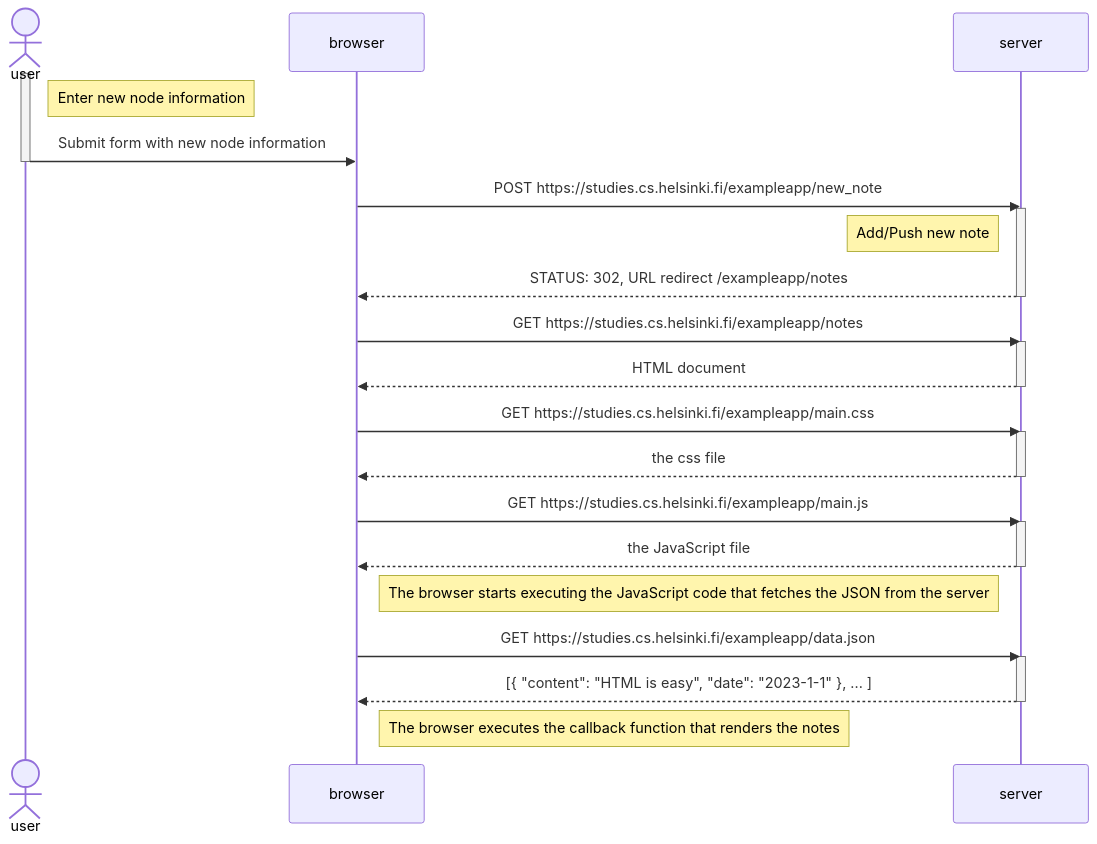
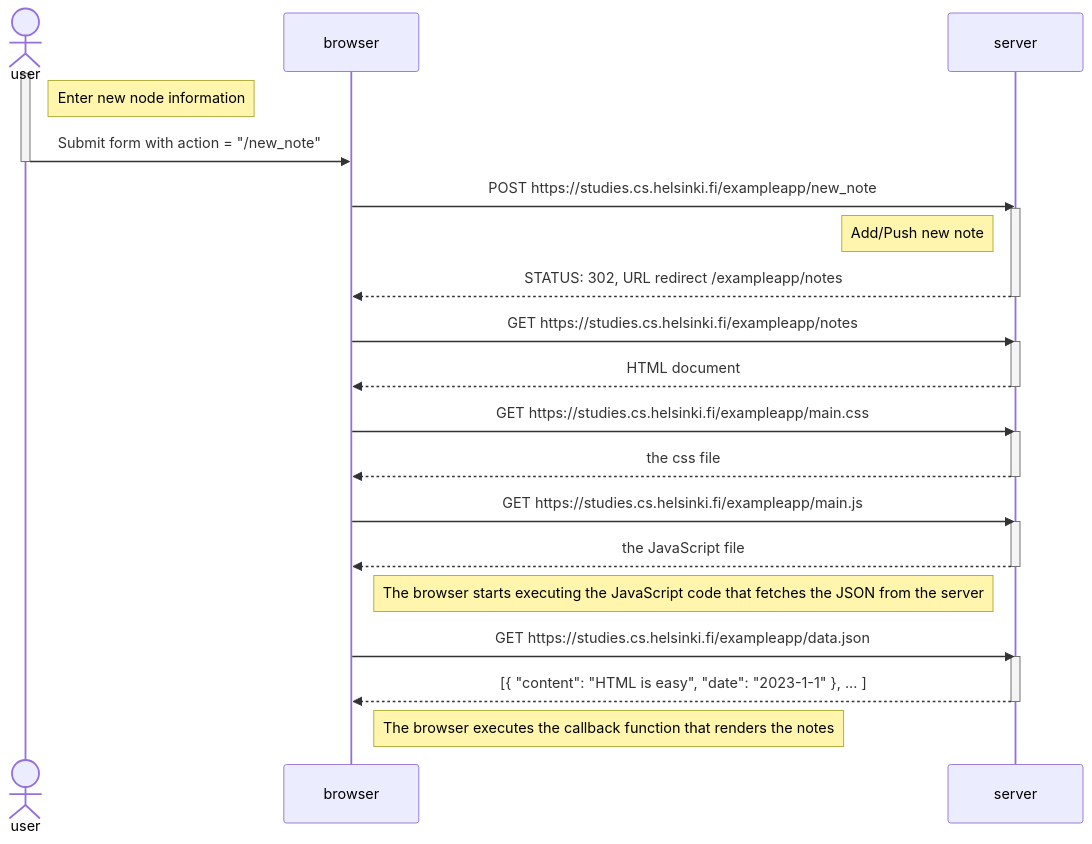
The diagram in answer_0.4.md (DreamingOwl/fso-part-0), drawn with Mermaid before and after one commit.

````diff
--- a/answer_0.4.md
+++ b/answer_0.4.md
@@ -1,43 +1,43 @@
 ```mermaid
 
 sequenceDiagram
     actor user
     participant browser
     participant server
     
     activate user
     note right of user: Enter new node information
-    user->>browser: Submit form with new node information
+    user->>browser: Submit form with action = "/new_note"
     deactivate user
     
     browser->>server: POST https://studies.cs.helsinki.fi/exampleapp/new_note
     activate server
     note left of server: Add/Push new note
     server-->>browser: STATUS: 302, URL redirect /exampleapp/notes
     deactivate server
 
     browser->>server: GET https://studies.cs.helsinki.fi/exampleapp/notes
     activate server
     server-->>browser: HTML document
     deactivate server
 
     browser->>server: GET https://studies.cs.helsinki.fi/exampleapp/main.css
     activate server
     server-->>browser: the css file
     deactivate server
 
     browser->>server: GET https://studies.cs.helsinki.fi/exampleapp/main.js
     activate server
     server-->>browser: the JavaScript file
     deactivate server
 
     Note right of browser: The browser starts executing the JavaScript code that fetches the JSON from the server
 
     browser->>server: GET https://studies.cs.helsinki.fi/exampleapp/data.json
     activate server
     server-->>browser: [{ "content": "HTML is easy", "date": "2023-1-1" }, ... ]
     deactivate server
 
     Note right of browser: The browser executes the callback function that renders the notes
 
 ```
````
